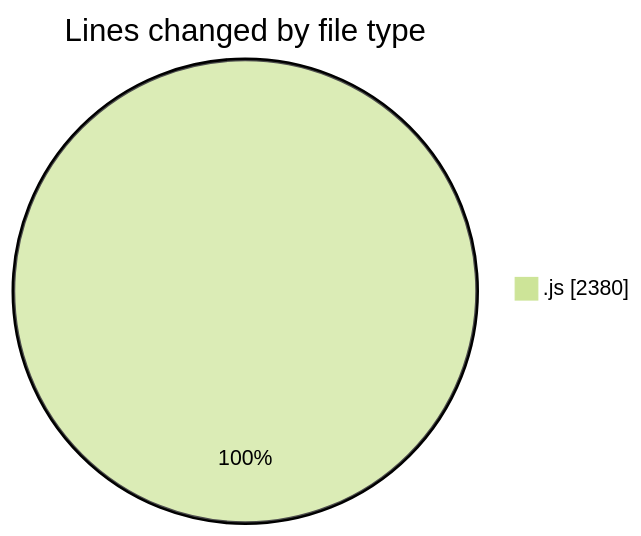
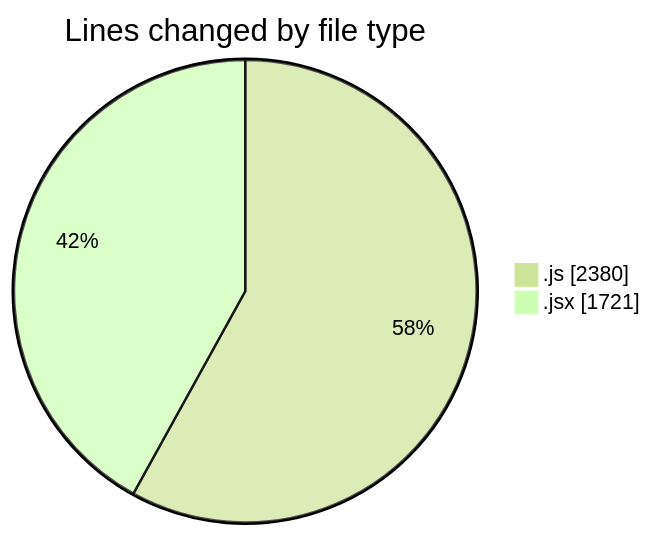
One commit to nxtqubesakshisongat/code-tracking changed the first of 2 diagrams in 2026-01-04/nxtqube_webapp/README.md. Above: the diagram before and after it, drawn with Mermaid (forest theme). The commit also changed other lines of this file and 1 other file, not shown here.

````diff
--- a/2026-01-04/nxtqube_webapp/README.md
+++ b/2026-01-04/nxtqube_webapp/README.md
@@ -20,5 +21,6 @@
 ```mermaid
 pie showData
 title Lines changed by file type
 ".js" : 2380
+".jsx" : 1721
 ```
````
